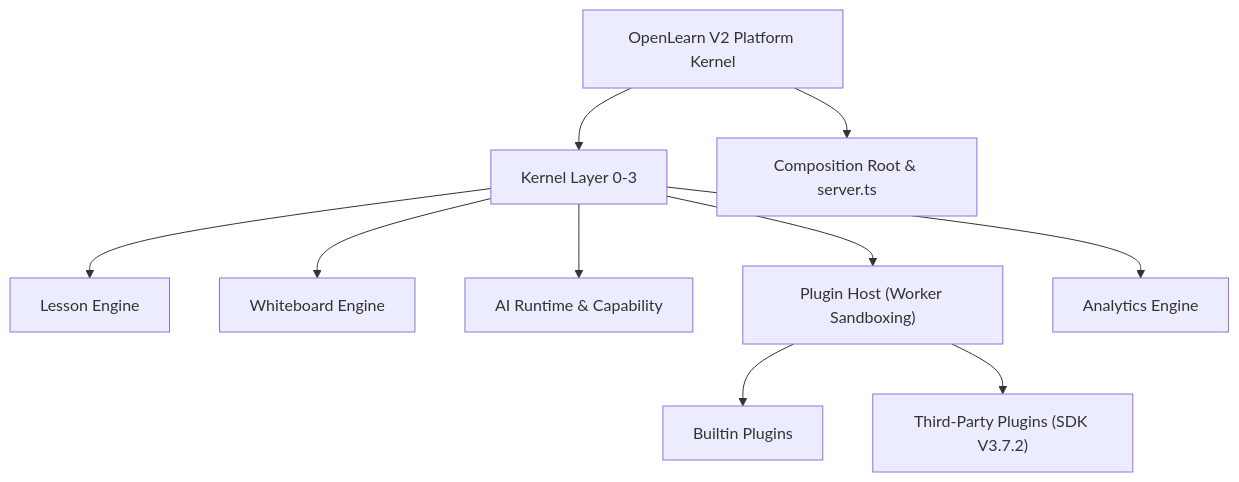
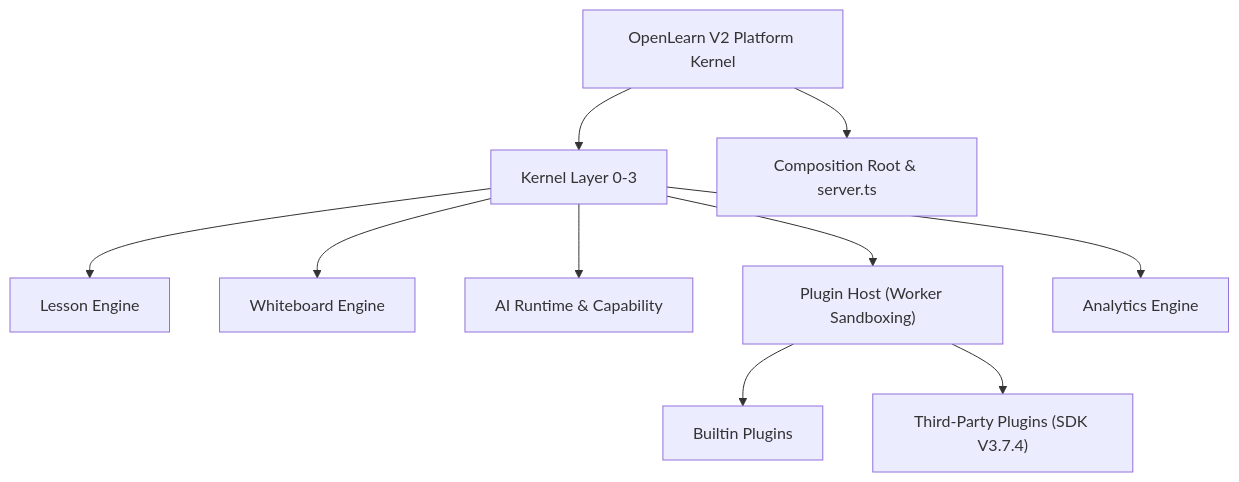
The diagram in docs/getting-started/overview.md (aymwoo/OpenLearn-Next-V2), drawn with Mermaid before and after one commit. The commit also changed 39 other files, not shown here.

````diff
--- a/docs/getting-started/overview.md
+++ b/docs/getting-started/overview.md
@@ -65,14 +65,14 @@
 ```mermaid
 graph TD
     A["OpenLearn V2 Platform Kernel"] --> B["Kernel Layer 0-3"]
     A --> C["Composition Root & server.ts"]
 
     B --> D["Lesson Engine"]
     B --> E["Whiteboard Engine"]
     B --> F["AI Runtime & Capability"]
     B --> G["Plugin Host (Worker Sandboxing)"]
     B --> H["Analytics Engine"]
 
     G --> I["Builtin Plugins"]
-    G --> J["Third-Party Plugins (SDK V3.7.2)"]
+    G --> J["Third-Party Plugins (SDK V3.7.4)"]
 ```
````
